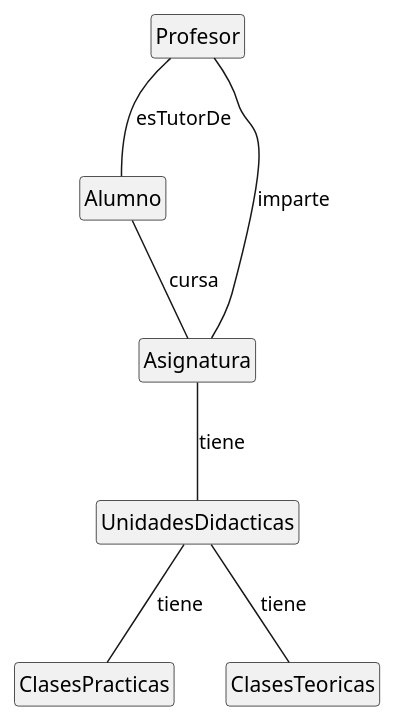
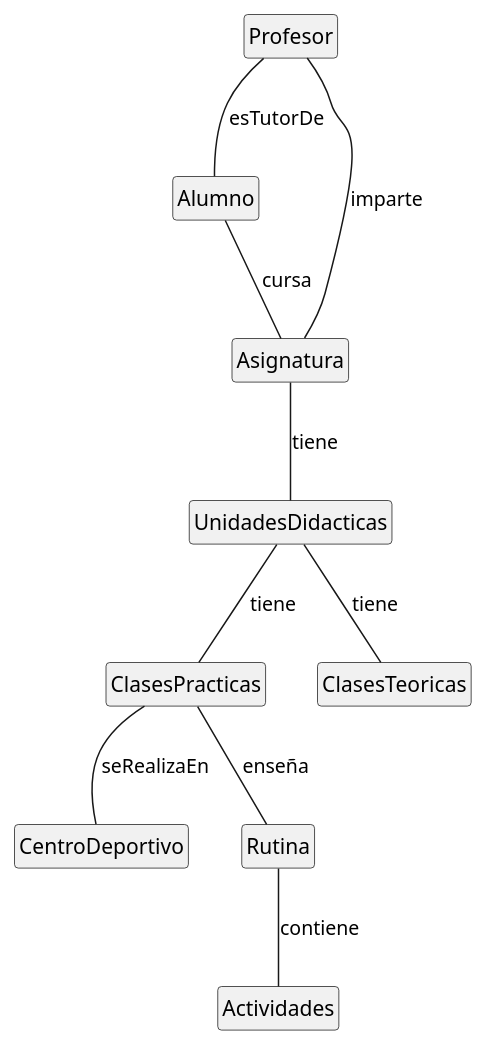
One commit to mmasias/24-25-IdSw1-SDR changed the diagram in Documentos/ModelosUML/evas.puml. Above: the diagram before and after it, drawn with PlantUML.

```diff
--- a/Documentos/ModelosUML/evas.puml
+++ b/Documentos/ModelosUML/evas.puml
@@ -1,20 +1,26 @@
 @startuml evas
 
 hide circle
 hide empty members
 
 class Profesor{}
 class Alumno{}
 class Asignatura{}
 class UnidadesDidacticas{}
 class ClasesPracticas{}
 class ClasesTeoricas{}
+class CentroDeportivo{}
+class Rutina{}
+class Actividades{}
 
 Profesor -- Alumno : esTutorDe
 Profesor -- Asignatura : imparte
 Asignatura -- UnidadesDidacticas : tiene
 UnidadesDidacticas -- ClasesPracticas : tiene
 UnidadesDidacticas -- ClasesTeoricas : tiene
 Alumno -- Asignatura : cursa
+ClasesPracticas -- CentroDeportivo : seRealizaEn
+ClasesPracticas -- Rutina : enseña
+Rutina -- Actividades : contiene
 
 @enduml
```
